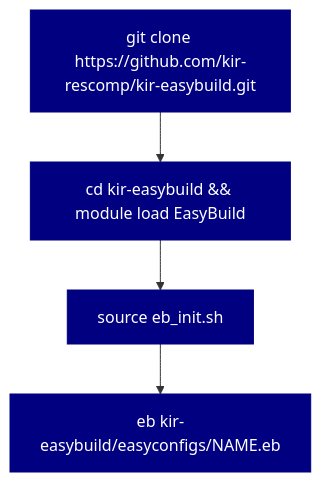
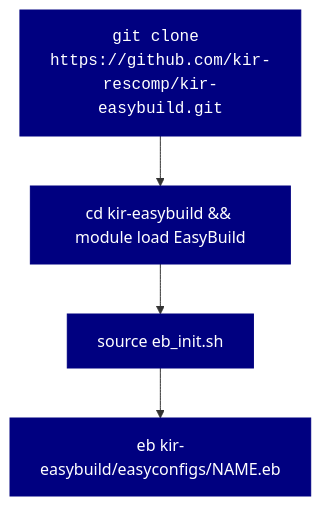
One commit to kir-rescomp/kir-easybuild changed the diagram in README.md. Above: the diagram before and after it, drawn with Mermaid.

````diff
--- a/README.md
+++ b/README.md
@@ -13,9 +13,12 @@
 ```mermaid
 flowchart TD
     A["git clone https://github.com/kir-rescomp/kir-easybuild.git"] --> B["cd kir-easybuild && module load EasyBuild"]
     B --> C["source eb_init.sh"]
     C --> D["eb kir-easybuild/easyconfigs/NAME.eb"]
     
     classDef navyStyle fill:#000080,stroke:#000080,color:#fff
     class A,B,C,D navyStyle
+
+    class A monospaceClass
+    classDef monospaceClass font-family: monospace, monospace;
 ```
````
